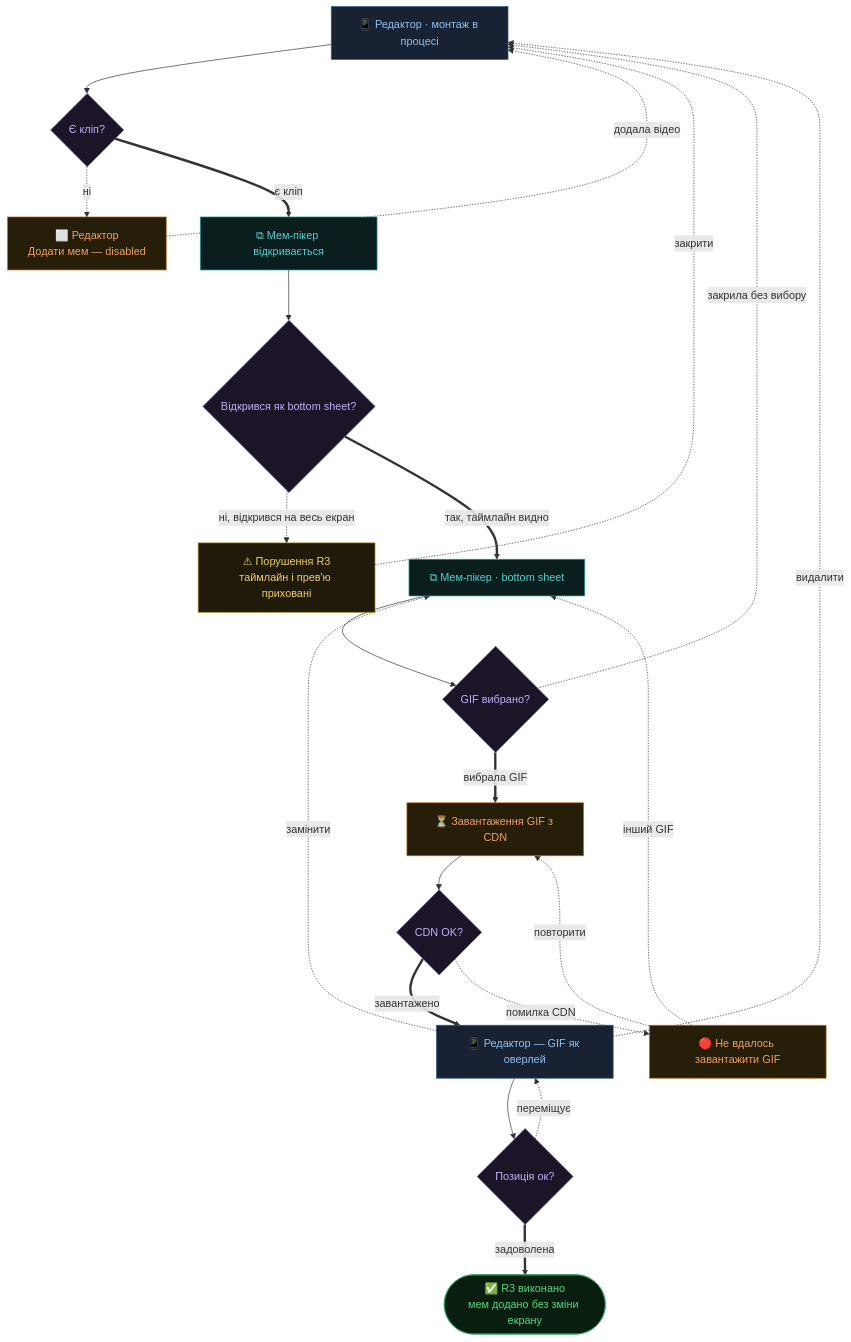
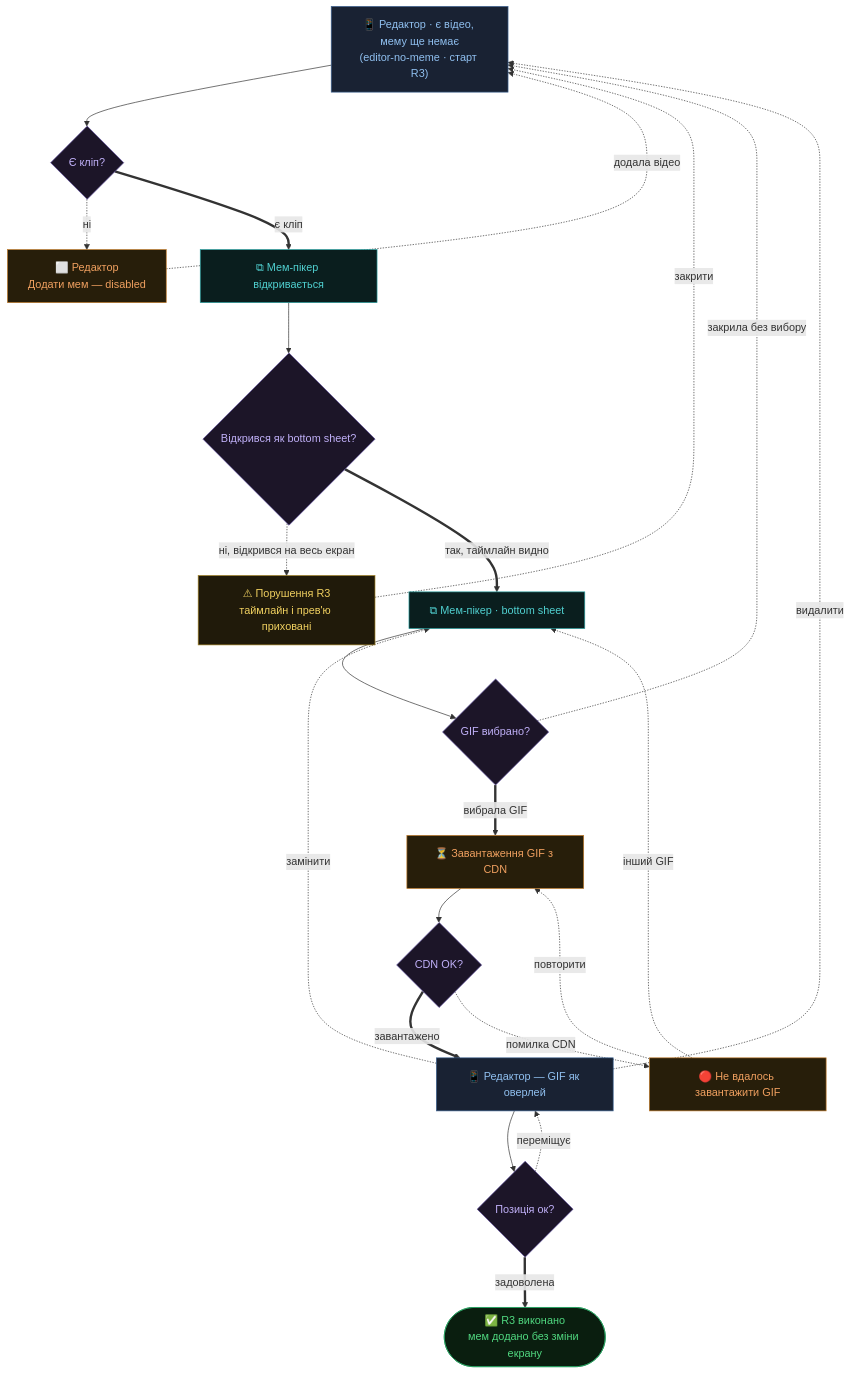
Before and after one commit to Zhmenya92/Memkat: the fourth of 6 diagrams in research/flows.md, drawn with Mermaid. The commit also changed other lines of this file and 21 other files, not shown here.

````diff
--- a/research/flows.md
+++ b/research/flows.md
@@ -184,35 +184,35 @@
 ```mermaid
 flowchart TD
     classDef screen  fill:#192233,stroke:#3a6090,color:#90c0f0
     classDef panel   fill:#0a1e1e,stroke:#28a0a0,color:#50d0d0
     classDef state   fill:#271e0a,stroke:#c07a28,color:#f0a060
     classDef decide  fill:#1c1528,stroke:#6050a0,color:#c0b0f8
     classDef ok      fill:#0a1e0f,stroke:#28a060,color:#50d880
     classDef fail    fill:#22080a,stroke:#903030,color:#f05060
     classDef warn    fill:#201a0a,stroke:#a08020,color:#f0d060
 
-    ED["📱 Редактор · монтаж в процесі"]:::screen --> QC{Є кліп?}:::decide
+    ED["📱 Редактор · є відео, мему ще немає\n(editor-no-meme · старт R3)"]:::screen --> QC{Є кліп?}:::decide
     QC -. ні .-> DIS["⬜ Редактор\nДодати мем — disabled"]:::state
     DIS -. додала відео .-> ED
 
     QC == є кліп ==> ADD["⧉ Мем-пікер відкривається"]:::panel
 
     ADD --> QBS{Відкрився як bottom sheet?}:::decide
     QBS -. ні, відкрився на весь екран .-> FAIL["⚠ Порушення R3\nтаймлайн і прев'ю приховані"]:::warn
     FAIL -. закрити .-> ED
 
     QBS == так, таймлайн видно ==> MP["⧉ Мем-пікер · bottom sheet"]:::panel
     MP --> QG{GIF вибрано?}:::decide
     QG -. закрила без вибору .-> ED
     QG == вибрала GIF ==> OVL_L["⏳ Завантаження GIF з CDN"]:::state
     OVL_L --> QOVL{CDN OK?}:::decide
     QOVL == завантажено ==> OVL["📱 Редактор — GIF як оверлей"]:::screen
     QOVL -. помилка CDN .-> CDN_E["🔴 Не вдалось завантажити GIF"]:::state
     CDN_E -. повторити .-> OVL_L
     CDN_E -. інший GIF .-> MP
     OVL -. видалити .-> ED
     OVL -. замінити .-> MP
     OVL --> QP{Позиція ок?}:::decide
     QP -. переміщує .-> OVL
     QP == задоволена ==> DONE(["✅ R3 виконано\nмем додано без зміни екрану"]):::ok
 ```
````
